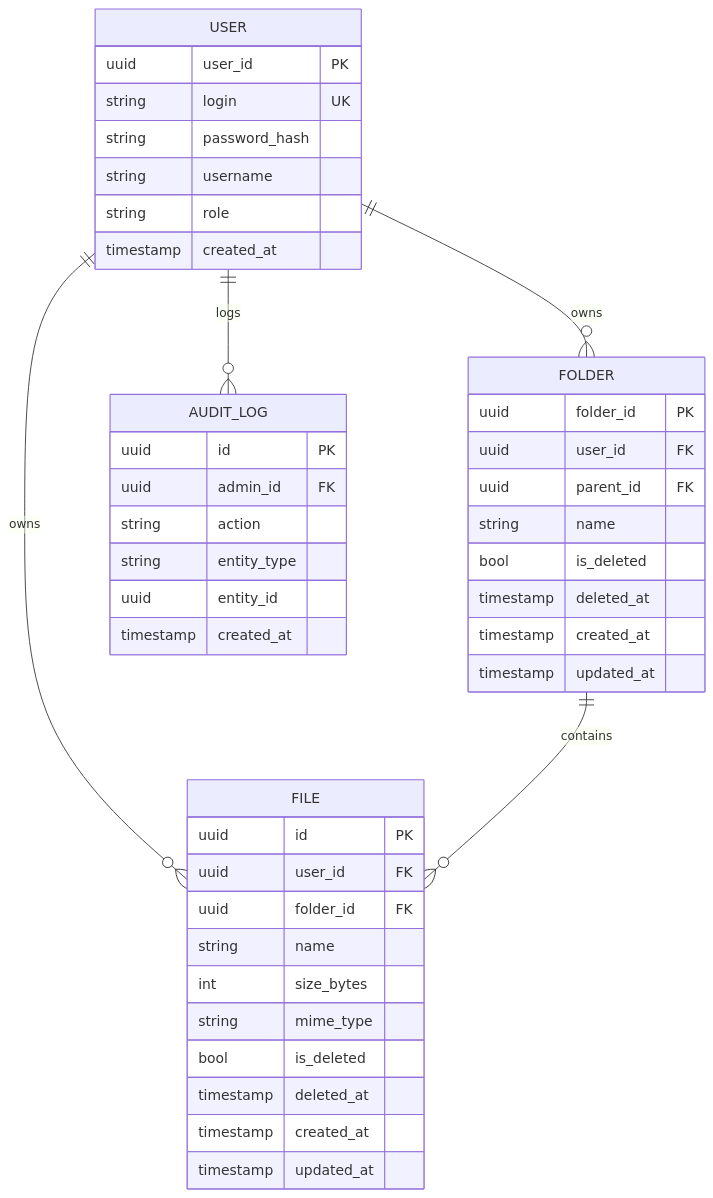
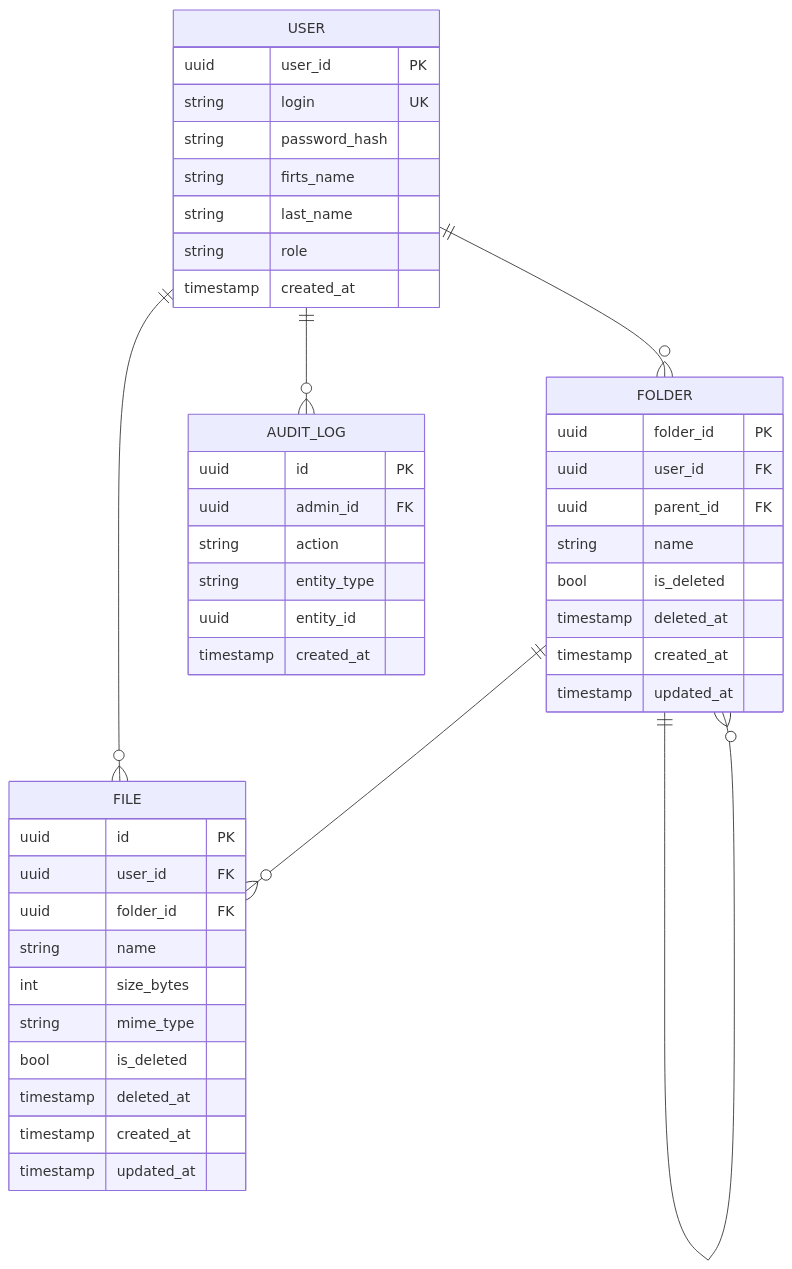
One commit to L1tsy/practice-file-storage changed the first of 3 diagrams in readme.md. Above: the diagram before and after it, drawn with Mermaid. The commit also changed other lines of this file, not shown here.

Commit message:
Revise user model and business logic in README
Updated user attributes to include first and last names, and clarified the distinction between login and username.

````diff
--- a/readme.md
+++ b/readme.md
@@ -100,49 +100,51 @@
 ```mermaid
 erDiagram
-	USER ||--o{ FOLDER : owns
-    USER ||--o{ FILE : owns
-    USER ||--o{ AUDIT_LOG : logs
-    FOLDER ||--o{ FILE : contains
+	USER ||--o{ FOLDER : ""
+    USER ||--o{ FILE : ""
+    USER ||--o{ AUDIT_LOG : ""
+    FOLDER ||--o{ FILE : ""
+	FOLDER ||--o{ FOLDER : ""
 
     USER {
         uuid user_id PK
         string login UK
         string password_hash
-        string username
+        string firts_name
+		string last_name
         string role
         timestamp created_at
     }
 
     FOLDER {
         uuid folder_id PK
         uuid user_id FK
         uuid parent_id FK
         string name
         bool is_deleted
         timestamp deleted_at
         timestamp created_at
         timestamp updated_at
     }
 
     FILE {
         uuid id PK
         uuid user_id FK
         uuid folder_id FK
         string name
         int size_bytes
         string mime_type
         bool is_deleted
         timestamp deleted_at
         timestamp created_at
         timestamp updated_at
     }
 
     AUDIT_LOG {
         uuid id PK
         uuid admin_id FK
         string action
         string entity_type
         uuid entity_id
         timestamp created_at
     }
  ```
````
